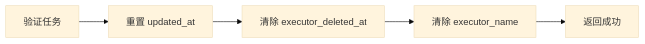
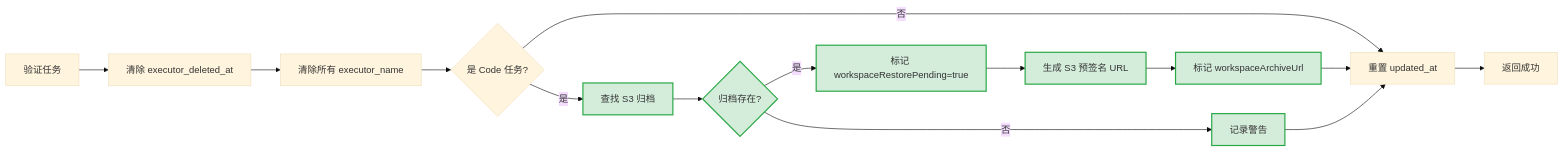
One commit to wecode-ai/Wegent changed the third of 9 diagrams in docs/zh/features/task-restore.md. Above: the diagram before and after it, drawn with Mermaid (base theme). The commit also changed other lines of this file and 6 other files, not shown here.

````diff
--- a/docs/zh/features/task-restore.md
+++ b/docs/zh/features/task-restore.md
@@ -97,7 +199,18 @@
 ```mermaid
 flowchart LR
-    A[验证任务] --> B[重置 updated_at]
-    B --> C[清除 executor_deleted_at]
-    C --> D[清除 executor_name]
-    D --> E[返回成功]
+    A[验证任务] --> B[清除 executor_deleted_at]
+    B --> C[清除所有 executor_name]
+    C --> D{是 Code 任务?}
+    D -->|是| E[查找 S3 归档]:::new
+    D -->|否| F[重置 updated_at]
+    E --> G{归档存在?}:::new
+    G -->|是| H[标记 workspaceRestorePending=true]:::new
+    G -->|否| I[记录警告]:::new
+    H --> J[生成 S3 预签名 URL]:::new
+    J --> K[标记 workspaceArchiveUrl]:::new
+    K --> F
+    I --> F
+    F --> L[返回成功]
+
+    classDef new fill:#d4edda,stroke:#28a745,stroke-width:2px
 ```
````
